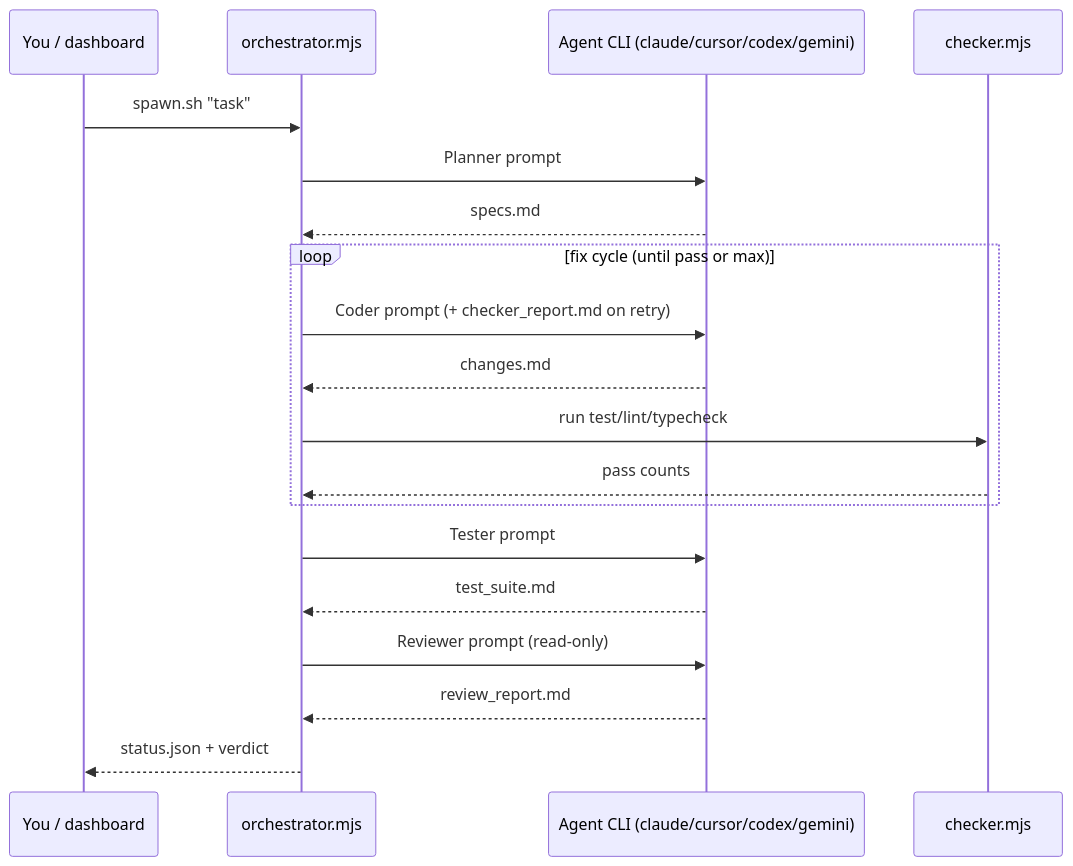
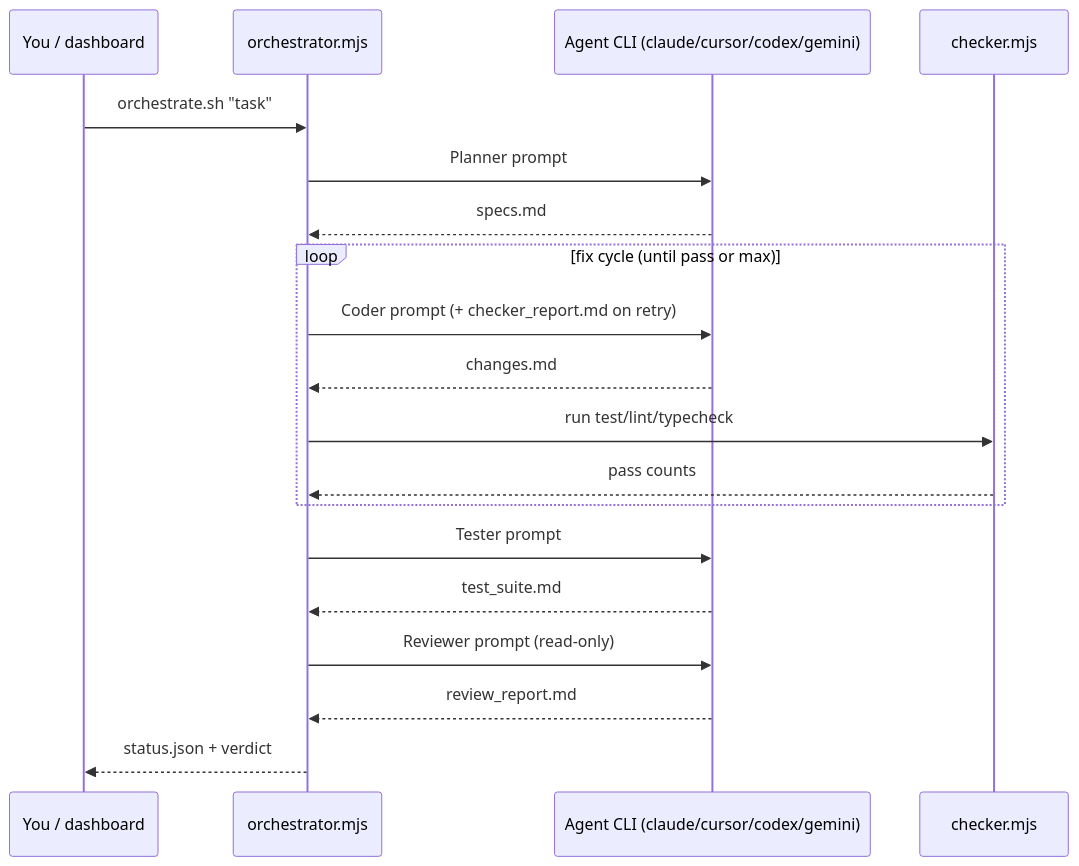
The second of 2 diagrams in README.md (isholaomotayo/orchestrator), drawn with Mermaid before and after one commit. The commit also changed other lines of this file and 41 other files, not shown here.

````diff
--- a/README.md
+++ b/README.md
@@ -68,22 +72,22 @@
 ```mermaid
 sequenceDiagram
     participant U as You / dashboard
     participant O as orchestrator.mjs
     participant A as Agent CLI (claude/cursor/codex/gemini)
     participant Ck as checker.mjs
 
-    U->>O: spawn.sh "task"
+    U->>O: orchestrate.sh "task"
     O->>A: Planner prompt
     A-->>O: specs.md
     loop fix cycle (until pass or max)
         O->>A: Coder prompt (+ checker_report.md on retry)
         A-->>O: changes.md
         O->>Ck: run test/lint/typecheck
         Ck-->>O: pass counts
     end
     O->>A: Tester prompt
     A-->>O: test_suite.md
     O->>A: Reviewer prompt (read-only)
     A-->>O: review_report.md
     O-->>U: status.json + verdict
 ```
````
